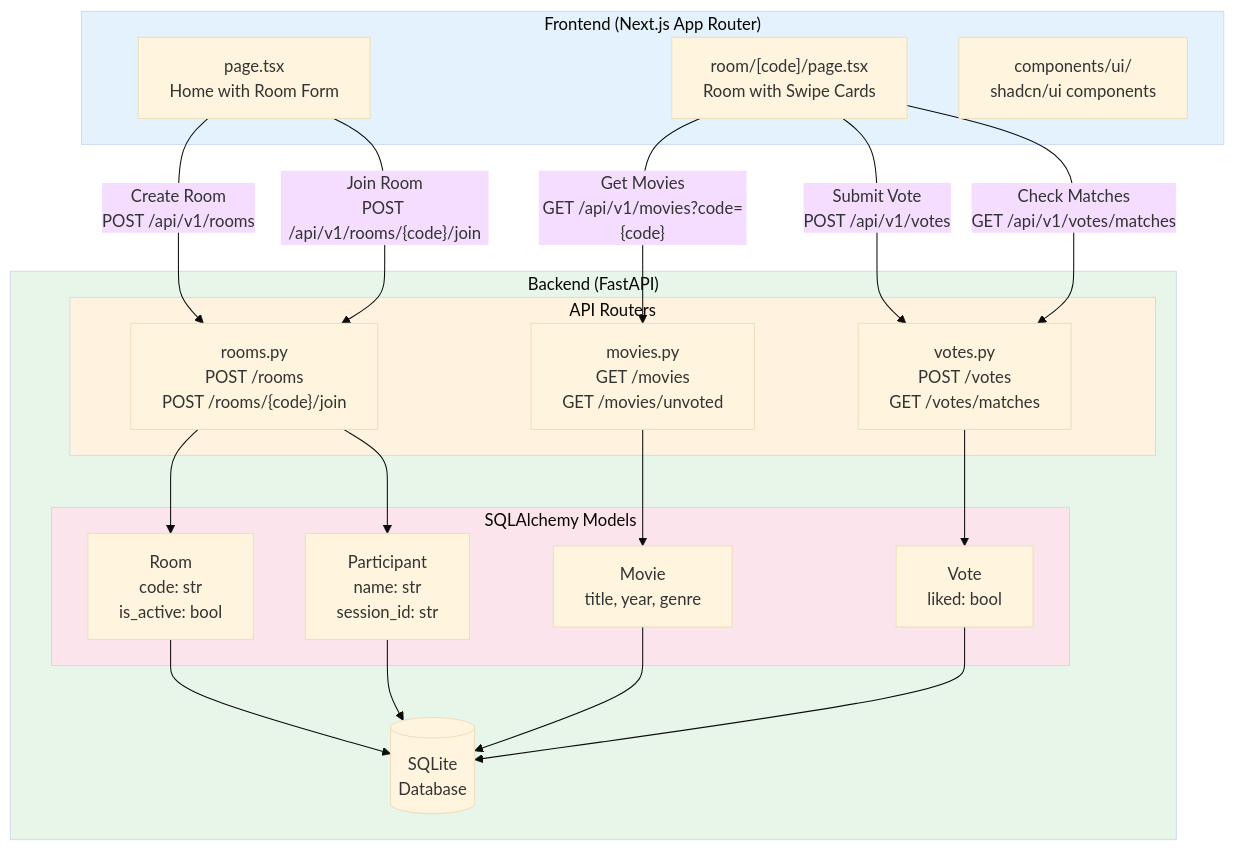
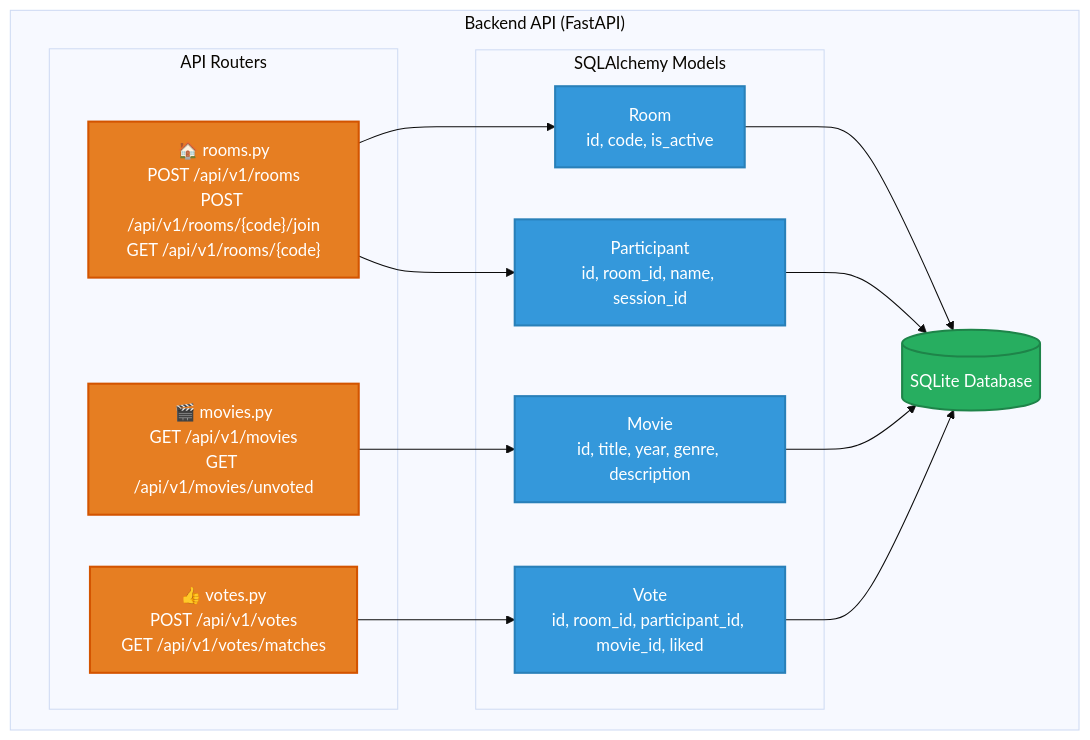
One commit to umans-ai/cinematch changed the third of 5 diagrams in docs/architecture/overview.md. Above: the diagram before and after it, drawn with Mermaid (base theme). The commit also changed other lines of this file and 3 other files, not shown here.

Commit message:
docs: refactor architecture overview, add AGENTS symlink, update tdd-check 📚

````diff
--- a/docs/architecture/overview.md
+++ b/docs/architecture/overview.md
@@ -164,45 +96,36 @@
 ```mermaid
 flowchart TB
-    subgraph Frontend["Frontend (Next.js App Router)"]
-        HP["page.tsx<br/>Home with Room Form"]
-        RP["room/[code]/page.tsx<br/>Room with Swipe Cards"]
-        CC["components/ui/<br/>shadcn/ui components"]
-    end
-
-    subgraph Backend["Backend (FastAPI)"]
-        subgraph Routers["API Routers"]
-            R1["rooms.py<br/>POST /rooms<br/>POST /rooms/{code}/join"]
-            R2["movies.py<br/>GET /movies<br/>GET /movies/unvoted"]
-            R3["votes.py<br/>POST /votes<br/>GET /votes/matches"]
+    subgraph BackendAPI ["Backend API (FastAPI)"]
+        subgraph Routers ["API Routers"]
+            R1["🏠 rooms.py<br/>POST /api/v1/rooms<br/>POST /api/v1/rooms/{code}/join<br/>GET /api/v1/rooms/{code}"]
+            R2["🎬 movies.py<br/>GET /api/v1/movies<br/>GET /api/v1/movies/unvoted"]
+            R3["👍 votes.py<br/>POST /api/v1/votes<br/>GET /api/v1/votes/matches"]
         end
 
-        subgraph Models["SQLAlchemy Models"]
-            M1["Room<br/>code: str<br/>is_active: bool"]
-            M2["Participant<br/>name: str<br/>session_id: str"]
-            M3["Movie<br/>title, year, genre"]
-            M4["Vote<br/>liked: bool"]
+        subgraph Models ["SQLAlchemy Models"]
+            M1["Room<br/>id, code, is_active"]
+            M2["Participant<br/>id, room_id, name, session_id"]
+            M3["Movie<br/>id, title, year, genre, description"]
+            M4["Vote<br/>id, room_id, participant_id, movie_id, liked"]
         end
 
-        DB[("SQLite<br/>Database")]
+        DB[("SQLite Database")]
     end
-
-    HP -->|"Create Room<br/>POST /api/v1/rooms"| R1
-    HP -->|"Join Room<br/>POST /api/v1/rooms/{code}/join"| R1
-    RP -->|"Get Movies<br/>GET /api/v1/movies?code={code}"| R2
-    RP -->|"Submit Vote<br/>POST /api/v1/votes"| R3
-    RP -->|"Check Matches<br/>GET /api/v1/votes/matches"| R3
 
     R1 --> M1
     R1 --> M2
     R2 --> M3
     R3 --> M4
     M1 --> DB
     M2 --> DB
     M3 --> DB
     M4 --> DB
 
-    style Frontend fill:#e3f2fd
-    style Backend fill:#e8f5e9
-    style Routers fill:#fff3e0
-    style Models fill:#fce4ec
+    classDef router fill:#e67e22,stroke:#d35400,color:#fff,stroke-width:2px
+    classDef model fill:#3498db,stroke:#2980b9,color:#fff,stroke-width:2px
+    classDef db fill:#27ae60,stroke:#1e8449,color:#fff,stroke-width:2px
+
+    class R1,R2,R3 router
+    class M1,M2,M3,M4 model
+    class DB db
 ```
````
